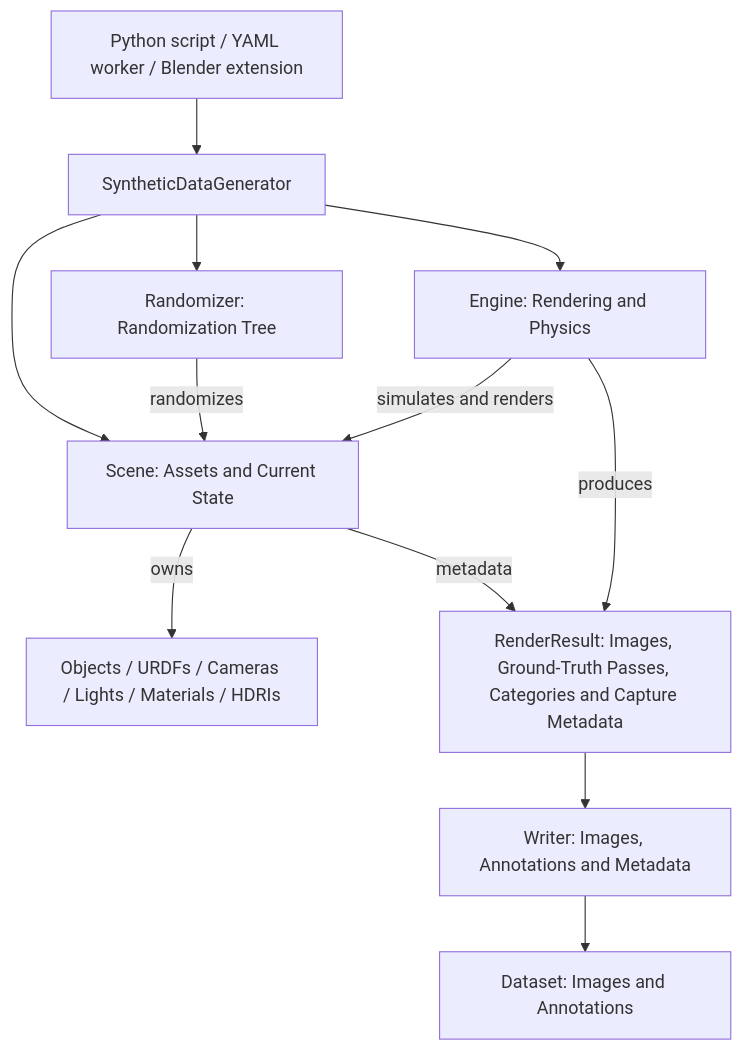
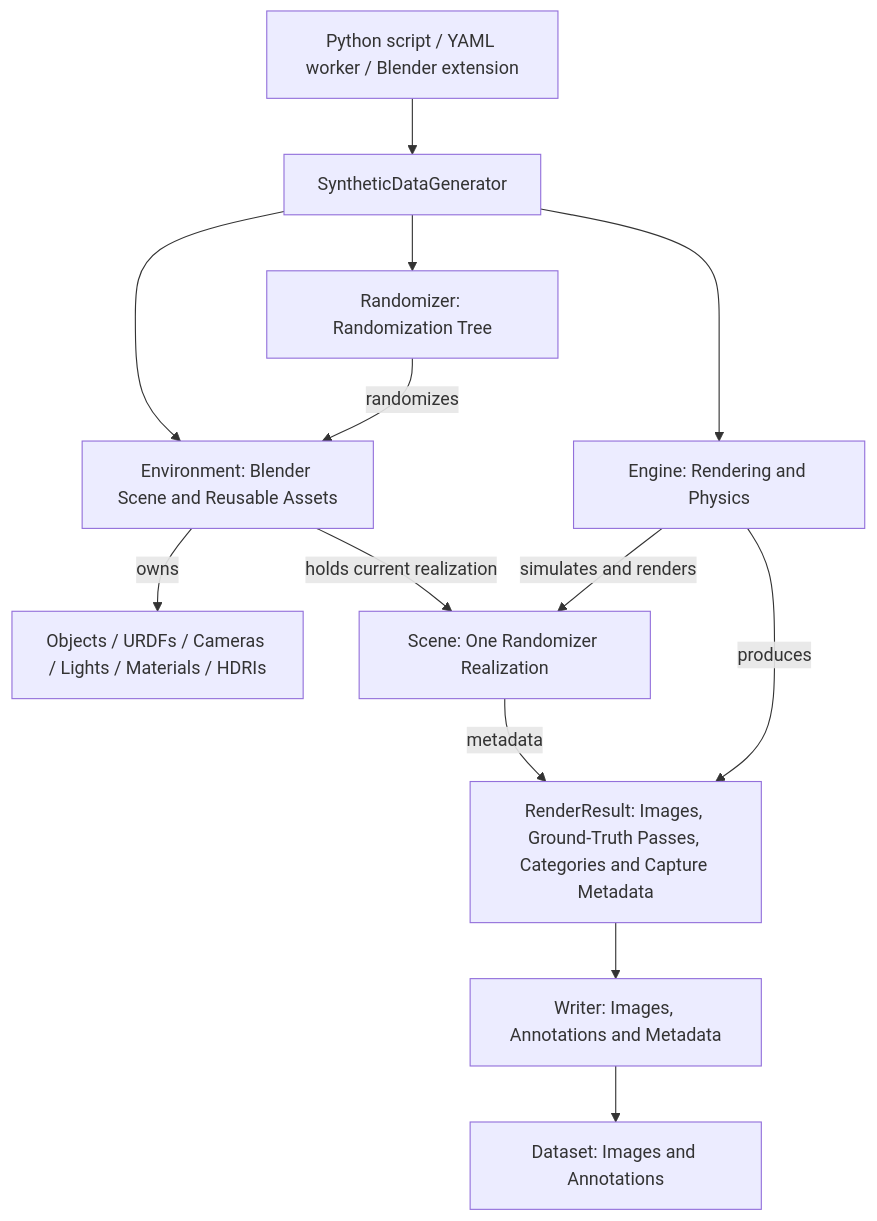
Before and after one commit to telekinesis-ai/telekinesis-illusion: the diagram in ARCHITECTURE.md, drawn with Mermaid. The commit also changed other lines of this file and 20 other files, not shown here.

First line of the commit message:
refactor!: rename Scene/Context to Environment and remove deprecated APIs

````diff
--- a/ARCHITECTURE.md
+++ b/ARCHITECTURE.md
@@ -13,24 +22,26 @@
 ```mermaid
 flowchart TB
     Entry[Python script / YAML worker / Blender extension]
     Generator[SyntheticDataGenerator]
-    Scene[Scene: Assets and Current State]
+    Environment[Environment: Blender Scene and Reusable Assets]
+    Scene[Scene: One Randomizer Realization]
     Randomizer[Randomizer: Randomization Tree]
     Engine[Engine: Rendering and Physics]
     Writer[Writer: Images, Annotations and Metadata]
     Assets[Objects / URDFs / Cameras / Lights / Materials / HDRIs]
     RenderResult[RenderResult: Images, Ground-Truth Passes, Categories and Capture Metadata]
     Dataset[Dataset: Images and Annotations]
 
     Entry --> Generator
-    Generator --> Scene
+    Generator --> Environment
     Generator --> Randomizer
     Generator --> Engine
-    Scene -->|owns| Assets
-    Scene --> |metadata| RenderResult
-    Randomizer -->|randomizes| Scene
+    Environment -->|owns| Assets
+    Environment -->|holds current realization| Scene
+    Scene -->|metadata| RenderResult
+    Randomizer -->|randomizes| Environment
     Engine -->|simulates and renders| Scene
     Engine -->|produces| RenderResult
     RenderResult --> Writer
     Writer --> Dataset
 ```
````
